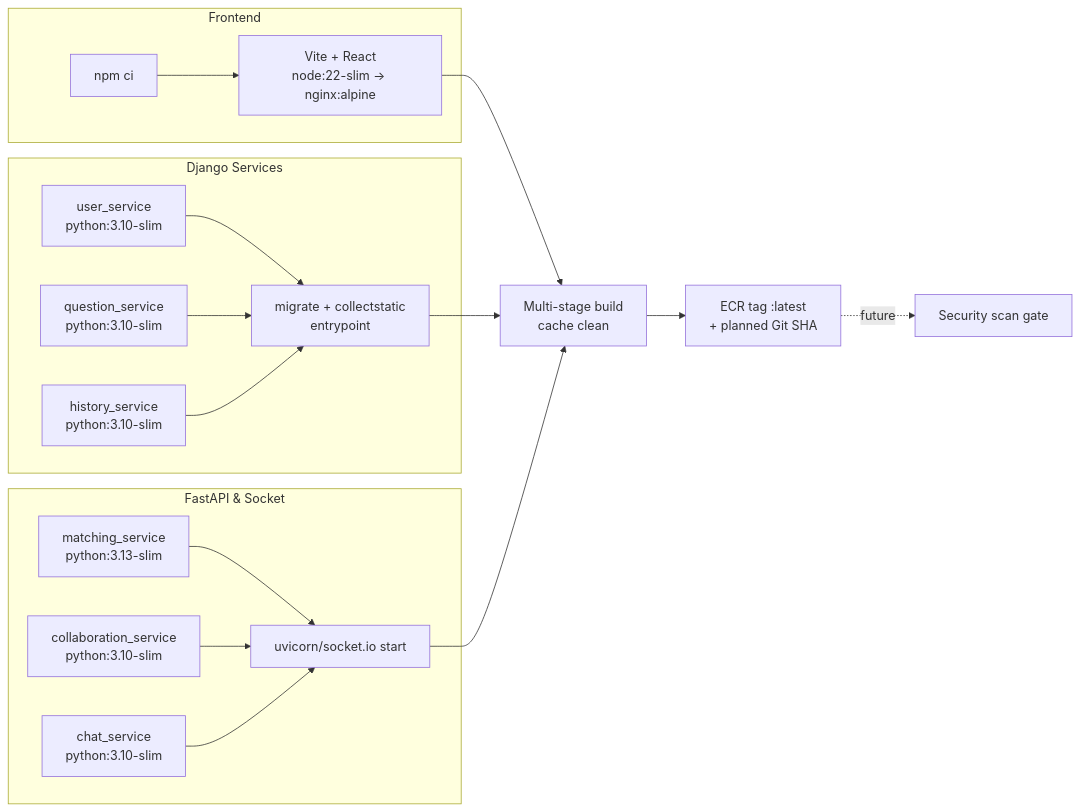
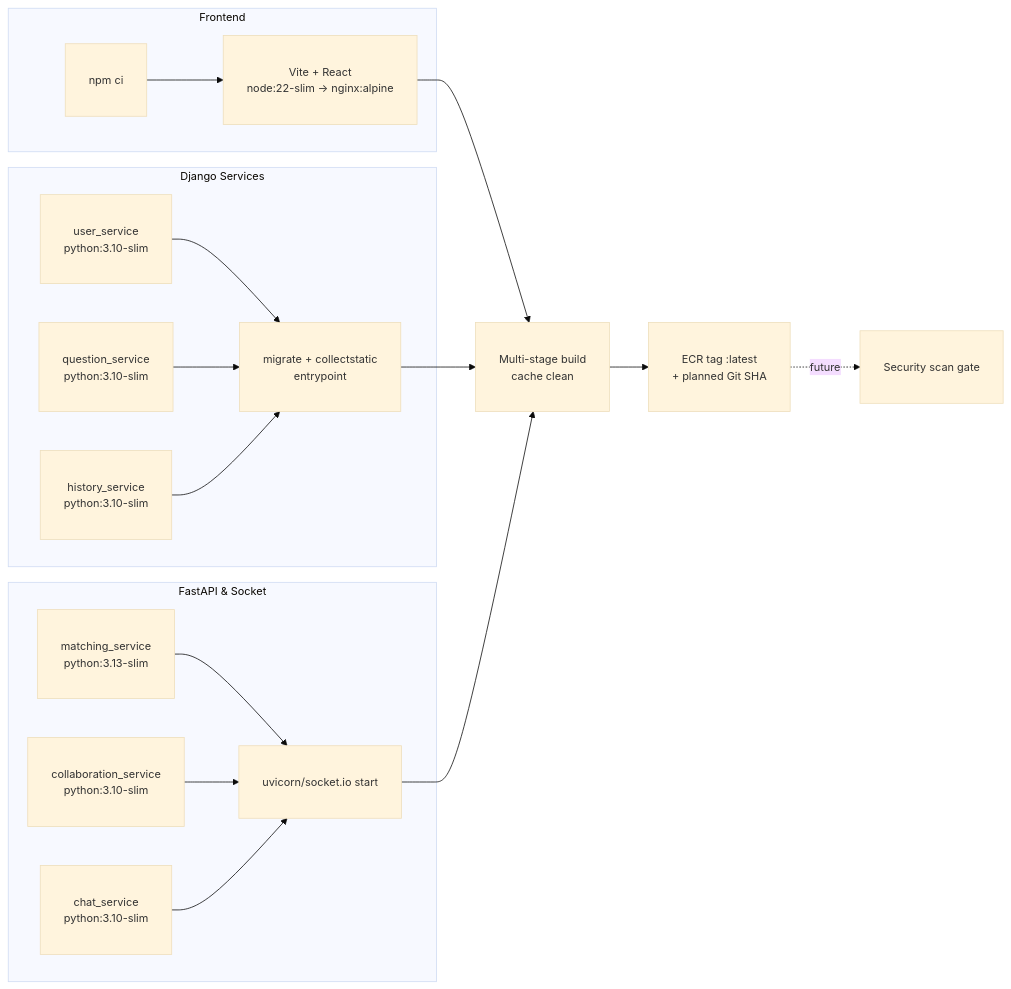
Before and after one commit to JoanneHing/cs3219-ay2526s1-project-g19: the fourth of 8 diagrams in docs/p1_deploy.md, drawn with Mermaid. The commit also changed other lines of this file, not shown here.

````diff
--- a/docs/p1_deploy.md
+++ b/docs/p1_deploy.md
@@ -119,33 +127,37 @@
 ```mermaid
+%%{init: {'theme':'base', 'themeVariables': {'fontSize':'14px'}}}%%
 graph LR
   subgraph FrontendStack["Frontend"]
     FEStack["Vite + React<br/>node:22-slim → nginx:alpine"]
     npmci["npm ci"]
   end
 
   subgraph DjangoServices["Django Services"]
     UserSvc["user_service<br/>python:3.10-slim"]
     QuestionSvc["question_service<br/>python:3.10-slim"]
     HistorySvc["history_service<br/>python:3.10-slim"]
     DjangoEntrypoint["migrate + collectstatic<br/>entrypoint"]
   end
 
   subgraph FastAPISocket["FastAPI & Socket"]
     MatchingSvc["matching_service<br/>python:3.13-slim"]
     CollabSvc["collaboration_service<br/>python:3.10-slim"]
     ChatSvc["chat_service<br/>python:3.10-slim"]
     FastAPIEntrypoint["uvicorn/socket.io start"]
   end
 
   npmci --> FEStack --> ImageBuild["Multi-stage build<br/>cache clean"]
   UserSvc --> DjangoEntrypoint
   QuestionSvc --> DjangoEntrypoint
   HistorySvc --> DjangoEntrypoint
   DjangoEntrypoint --> ImageBuild
   MatchingSvc --> FastAPIEntrypoint
   CollabSvc --> FastAPIEntrypoint
   ChatSvc --> FastAPIEntrypoint
   FastAPIEntrypoint --> ImageBuild
   ImageBuild --> ECRTag["ECR tag :latest<br/>+ planned Git SHA"]
   ECRTag -. future .-> Trivy["Security scan gate"]
+
+  classDef wider padding:10px
+  class FEStack,npmci,UserSvc,QuestionSvc,HistorySvc,DjangoEntrypoint,MatchingSvc,CollabSvc,ChatSvc,FastAPIEntrypoint,ImageBuild,ECRTag,Trivy wider
 ```
````
